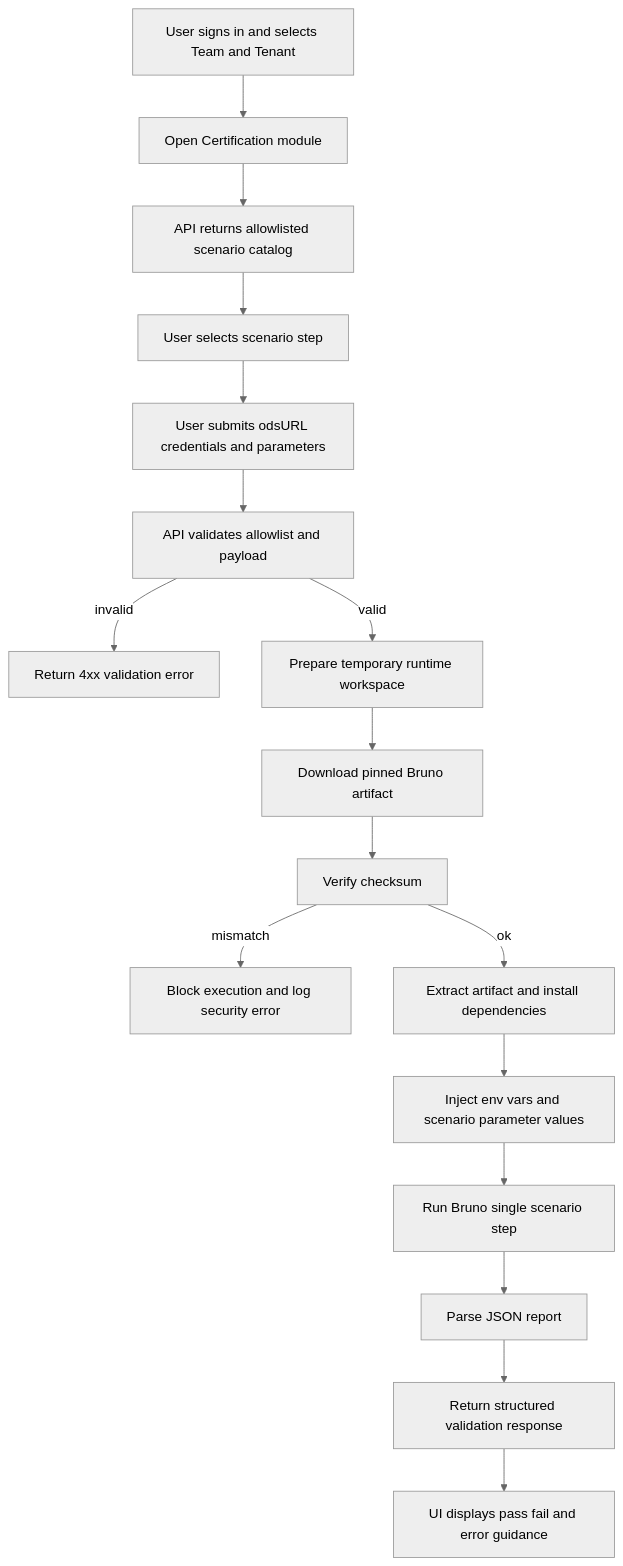
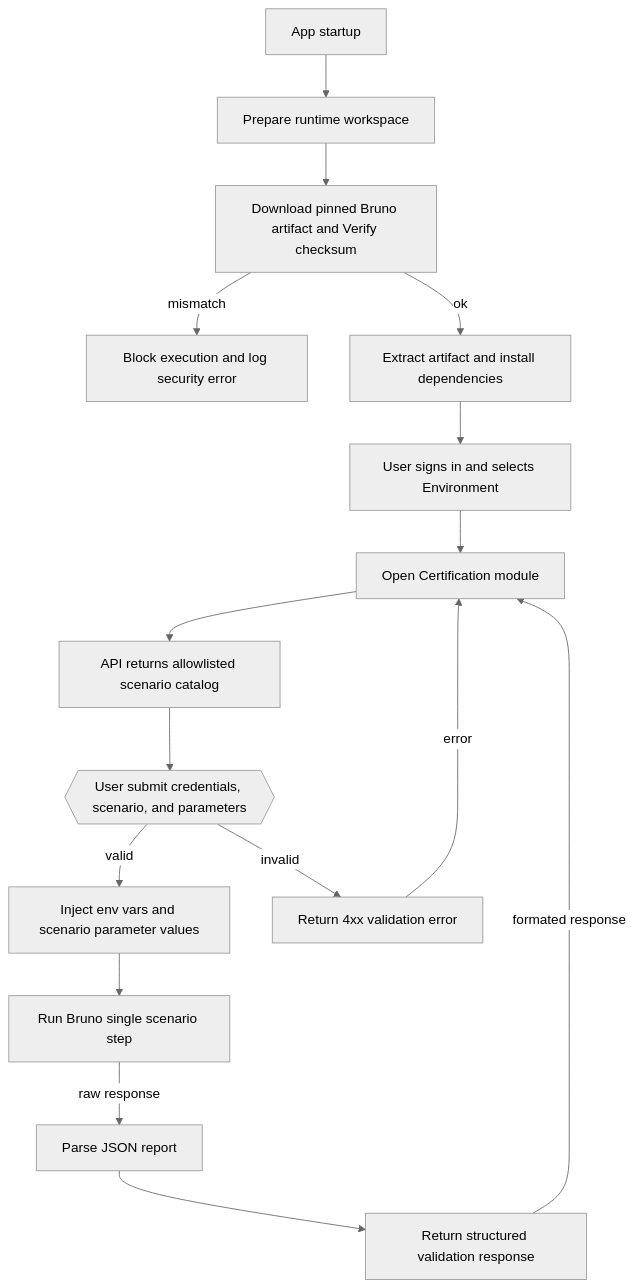
Before and after one commit to Ed-Fi-Alliance-OSS/Ed-Fi-AdminApp: the second of 3 diagrams in docs/design/CERT-220/CERT-220.md, drawn with Mermaid (neutral theme). The commit also changed other lines of this file and 2 other files, not shown here.

Commit message:
[CERT-220] docs: certification menu location details

````diff
--- a/docs/design/CERT-220/CERT-220.md
+++ b/docs/design/CERT-220/CERT-220.md
@@ -130,19 +113,20 @@
 ```mermaid
 flowchart TD
-  A[User signs in and selects Team and Tenant] --> B[Open Certification module]
-  B --> C[API returns allowlisted scenario catalog]
-  C --> D[User selects scenario step]
-  D --> E[User submits odsURL credentials and parameters]
-  E --> F[API validates allowlist and payload]
-  F -->|invalid| Y[Return 4xx validation error]
-  F -->|valid| G[Prepare temporary runtime workspace]
-  G --> H[Download pinned Bruno artifact]
-  H --> I[Verify checksum]
-  I -->|mismatch| X[Block execution and log security error]
-  I -->|ok| J[Extract artifact and install dependencies]
-  J --> K[Inject env vars and scenario parameter values]
+  A[App startup] --> B[Prepare runtime workspace]
+  B --> C[Download pinned Bruno artifact and Verify checksum]
+  C -->|mismatch| D[Block execution and log security error]
+  C -->|ok| E[Extract artifact and install dependencies]
+
+  E --> F[User signs in and selects Environment] 
+  F --> G[Open Certification module]
+  G --> H[API returns allowlisted scenario catalog]
+  H --> I{{User submit credentials, scenario, and parameters}}
+  I --> |valid| K[Inject env vars and scenario parameter values]
+  I -->|invalid| J[Return 4xx validation error]
+  J -->|error| G
+  
   K --> L[Run Bruno single scenario step]
-  L --> M[Parse JSON report]
+  L -->|raw response| M[Parse JSON report]
   M --> N[Return structured validation response]
-  N --> O[UI displays pass fail and error guidance]
+  N -->|formated response| G
 ```
````
